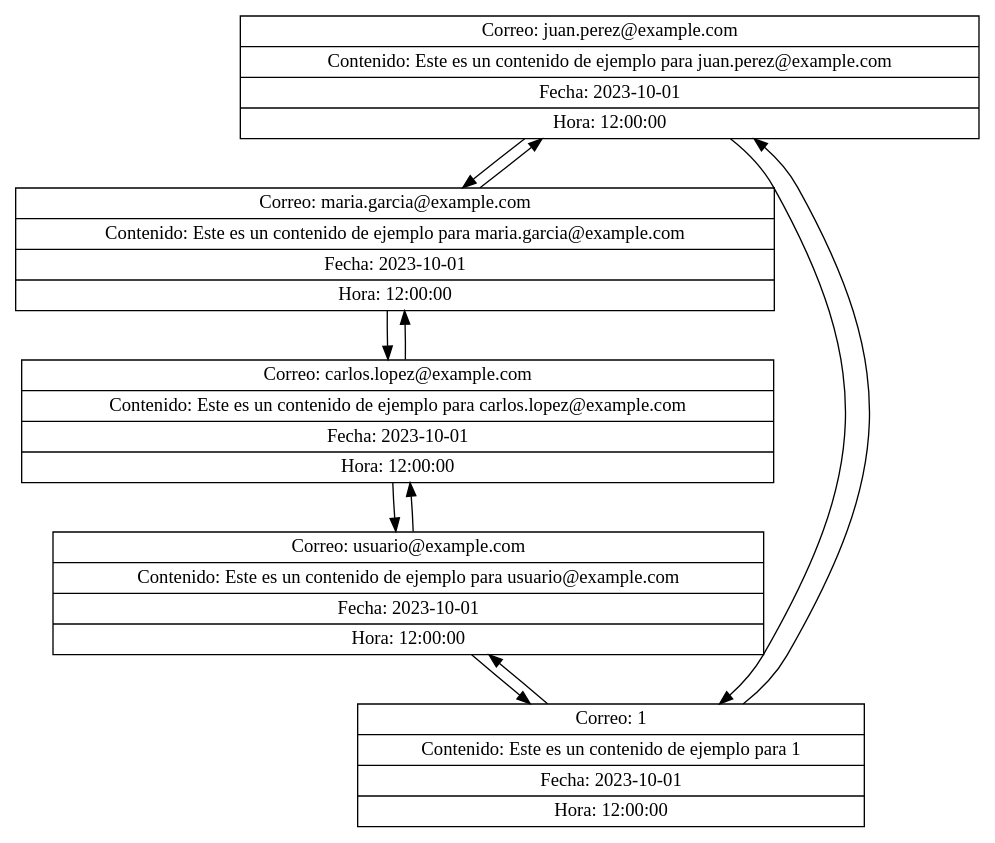
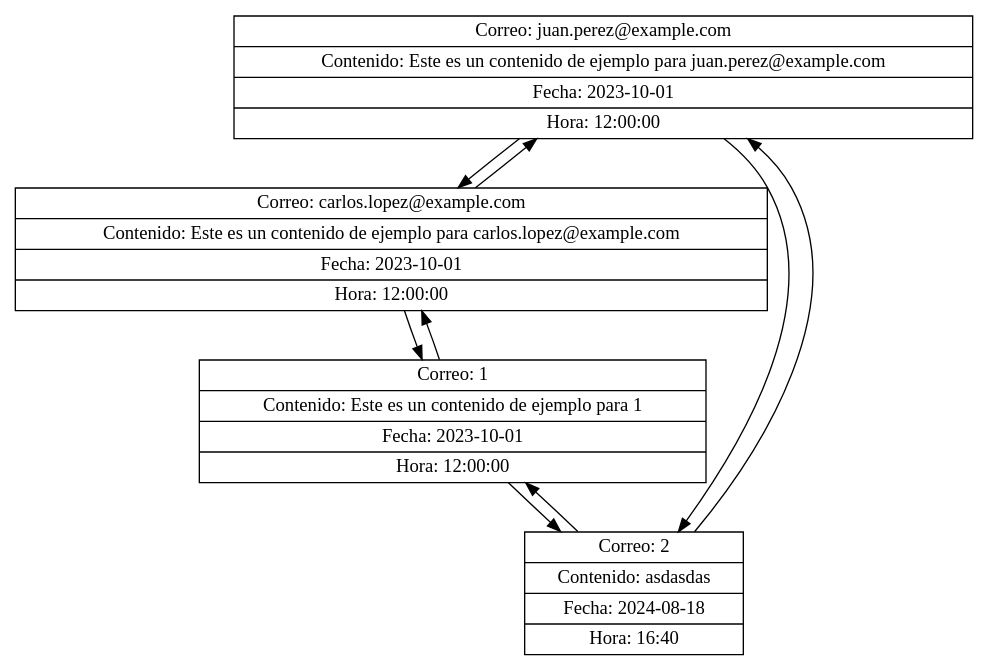
One commit to LightDemon12/-EDD-PROYECTOS_202100215 changed the diagram in Fase#1/cmake-build-debug/mis_publicaciones.dot. Above: the diagram before and after it, drawn with Graphviz. The commit also changed 39 other files, not shown here.

```diff
--- a/Fase#1/cmake-build-debug/mis_publicaciones.dot
+++ b/Fase#1/cmake-build-debug/mis_publicaciones.dot
@@ -1,18 +1,15 @@
 digraph G {
 node [shape=record];
 node0 [label="{Correo: juan.perez@example.com | Contenido: Este es un contenido de ejemplo para juan.perez@example.com | Fecha: 2023-10-01 | Hora: 12:00:00}"];
-node1 [label="{Correo: maria.garcia@example.com | Contenido: Este es un contenido de ejemplo para maria.garcia@example.com | Fecha: 2023-10-01 | Hora: 12:00:00}"];
-node2 [label="{Correo: carlos.lopez@example.com | Contenido: Este es un contenido de ejemplo para carlos.lopez@example.com | Fecha: 2023-10-01 | Hora: 12:00:00}"];
-node3 [label="{Correo: usuario@example.com | Contenido: Este es un contenido de ejemplo para usuario@example.com | Fecha: 2023-10-01 | Hora: 12:00:00}"];
-node4 [label="{Correo: 1 | Contenido: Este es un contenido de ejemplo para 1 | Fecha: 2023-10-01 | Hora: 12:00:00}"];
+node1 [label="{Correo: carlos.lopez@example.com | Contenido: Este es un contenido de ejemplo para carlos.lopez@example.com | Fecha: 2023-10-01 | Hora: 12:00:00}"];
+node2 [label="{Correo: 1 | Contenido: Este es un contenido de ejemplo para 1 | Fecha: 2023-10-01 | Hora: 12:00:00}"];
+node3 [label="{Correo: 2 | Contenido: asdasdas | Fecha: 2024-08-18 | Hora: 16:40}"];
 node0 -> node1;
 node1 -> node0;
 node1 -> node2;
 node2 -> node1;
 node2 -> node3;
 node3 -> node2;
-node3 -> node4;
-node4 -> node3;
-node0 -> node4;
-node4 -> node0;
+node0 -> node3;
+node3 -> node0;
 }
```
